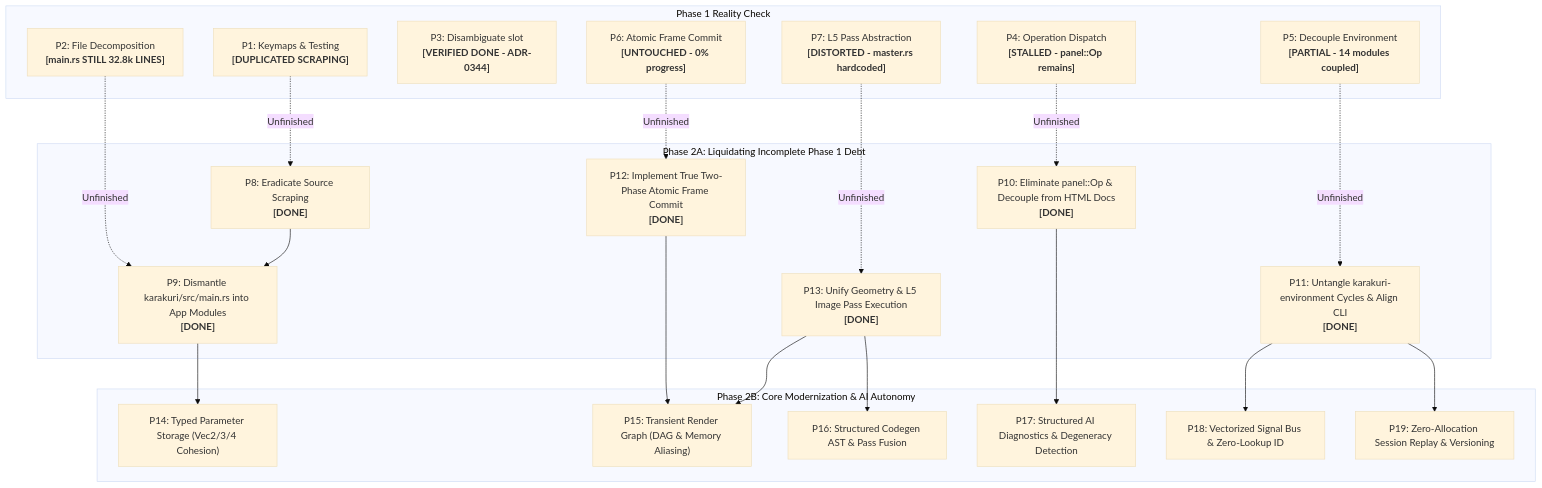
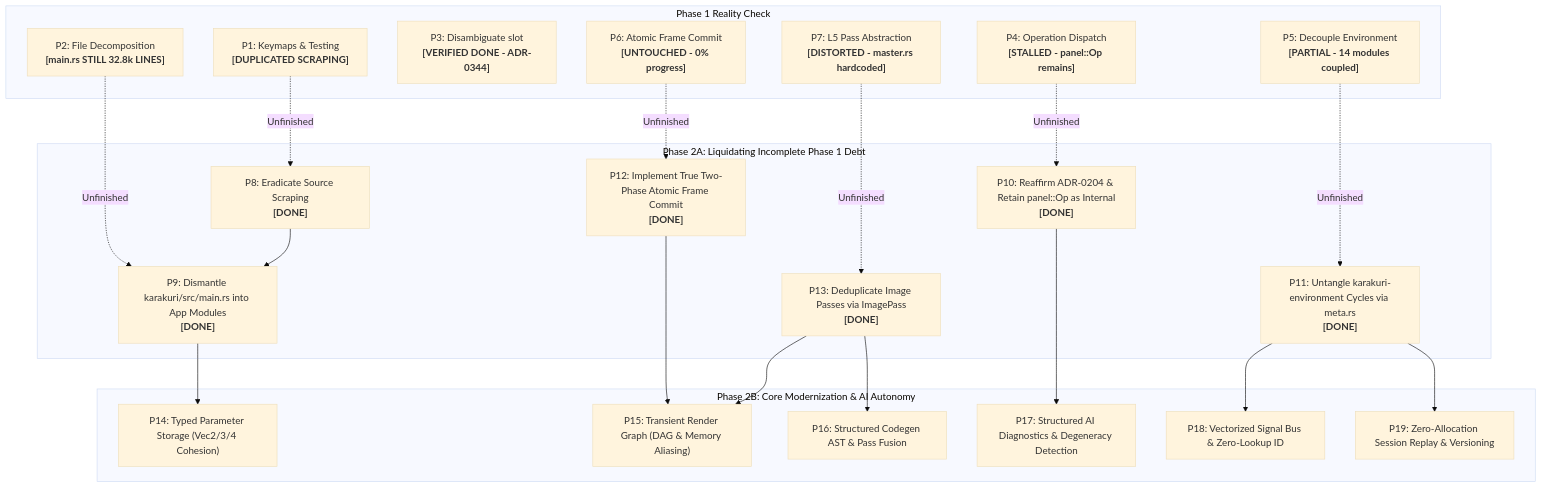
Before and after one commit to toyoshim-i/Karakuri: the diagram in docs/refactoring.md, drawn with Mermaid (base theme). The commit also changed other lines of this file and 2 other files, not shown here.

````diff
--- a/docs/refactoring.md
+++ b/docs/refactoring.md
@@ -26,45 +26,45 @@
 ```mermaid
 graph TD
     subgraph Phase1Reality["Phase 1 Reality Check"]
         P1["P1: Keymaps & Testing<br/><b>[DUPLICATED SCRAPING]</b>"]
         P2["P2: File Decomposition<br/><b>[main.rs STILL 32.8k LINES]</b>"]
         P3["P3: Disambiguate slot<br/><b>[VERIFIED DONE - ADR-0344]</b>"]
         P4["P4: Operation Dispatch<br/><b>[STALLED - panel::Op remains]</b>"]
         P5["P5: Decouple Environment<br/><b>[PARTIAL - 14 modules coupled]</b>"]
         P6["P6: Atomic Frame Commit<br/><b>[UNTOUCHED - 0% progress]</b>"]
         P7["P7: L5 Pass Abstraction<br/><b>[DISTORTED - master.rs hardcoded]</b>"]
     end
 
     subgraph Phase2A["Phase 2A: Liquidating Incomplete Phase 1 Debt"]
         P8["P8: Eradicate Source Scraping<br/><b>[DONE]</b>"]
         P9["P9: Dismantle karakuri/src/main.rs into App Modules<br/><b>[DONE]</b>"]
-        P10["P10: Eliminate panel::Op & Decouple from HTML Docs<br/><b>[DONE]</b>"]
-        P11["P11: Untangle karakuri-environment Cycles & Align CLI<br/><b>[DONE]</b>"]
+        P10["P10: Reaffirm ADR-0204 & Retain panel::Op as Internal<br/><b>[DONE]</b>"]
+        P11["P11: Untangle karakuri-environment Cycles via meta.rs<br/><b>[DONE]</b>"]
         P12["P12: Implement True Two-Phase Atomic Frame Commit<br/><b>[DONE]</b>"]
-        P13["P13: Unify Geometry & L5 Image Pass Execution<br/><b>[DONE]</b>"]
+        P13["P13: Deduplicate Image Passes via ImagePass<br/><b>[DONE]</b>"]
     end
 
     subgraph Phase2B["Phase 2B: Core Modernization & AI Autonomy"]
         P14["P14: Typed Parameter Storage (Vec2/3/4 Cohesion)"]
         P15["P15: Transient Render Graph (DAG & Memory Aliasing)"]
         P16["P16: Structured Codegen AST & Pass Fusion"]
         P17["P17: Structured AI Diagnostics & Degeneracy Detection"]
         P18["P18: Vectorized Signal Bus & Zero-Lookup ID"]
         P19["P19: Zero-Allocation Session Replay & Versioning"]
     end
 
     P1 -.->|Unfinished| P8
     P2 -.->|Unfinished| P9
     P4 -.->|Unfinished| P10
     P5 -.->|Unfinished| P11
     P6 -.->|Unfinished| P12
     P7 -.->|Unfinished| P13
     P8 --> P9
     P9 --> P14
     P12 --> P15
     P13 --> P15
     P13 --> P16
     P10 --> P17
     P11 --> P18
     P11 --> P19
 ```
````
